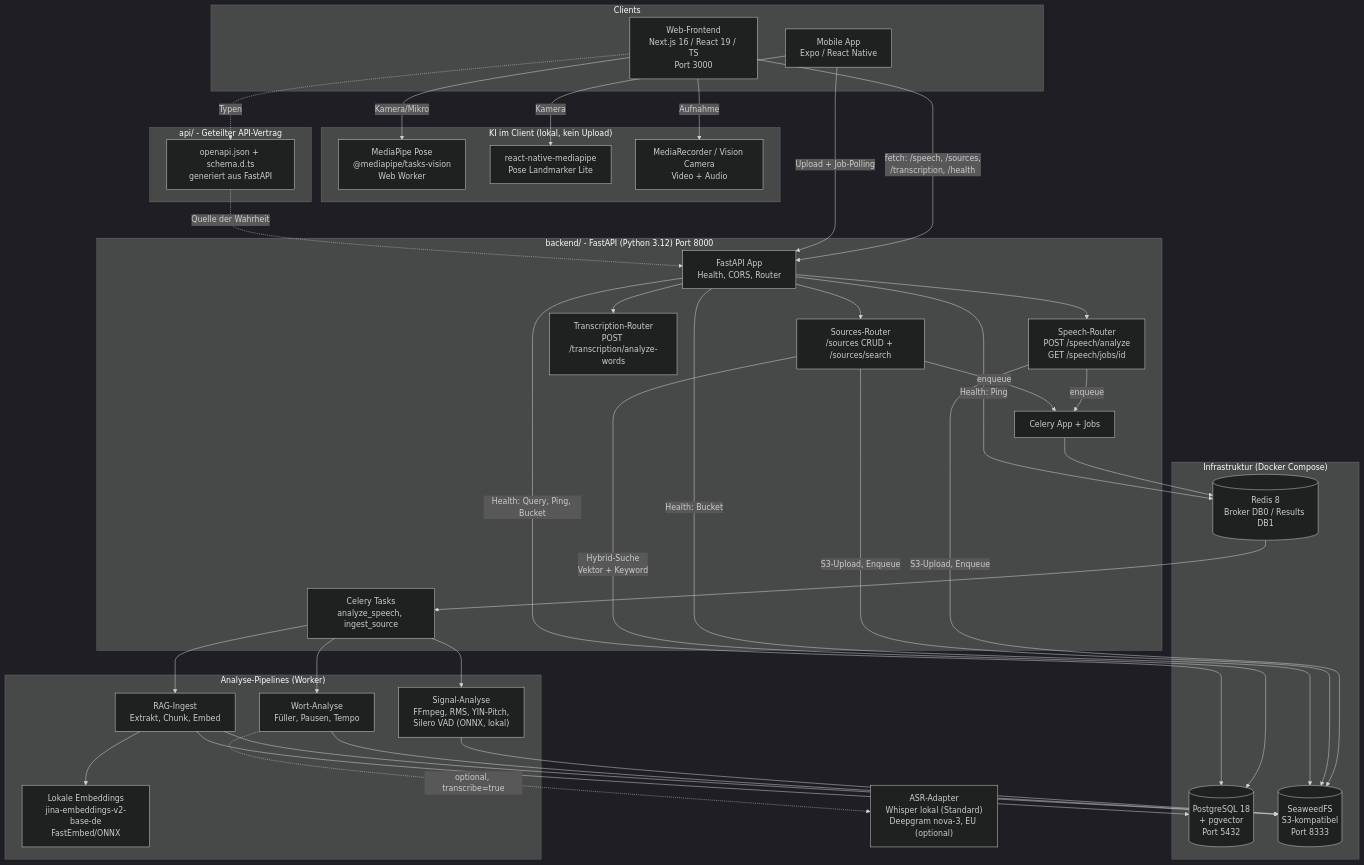
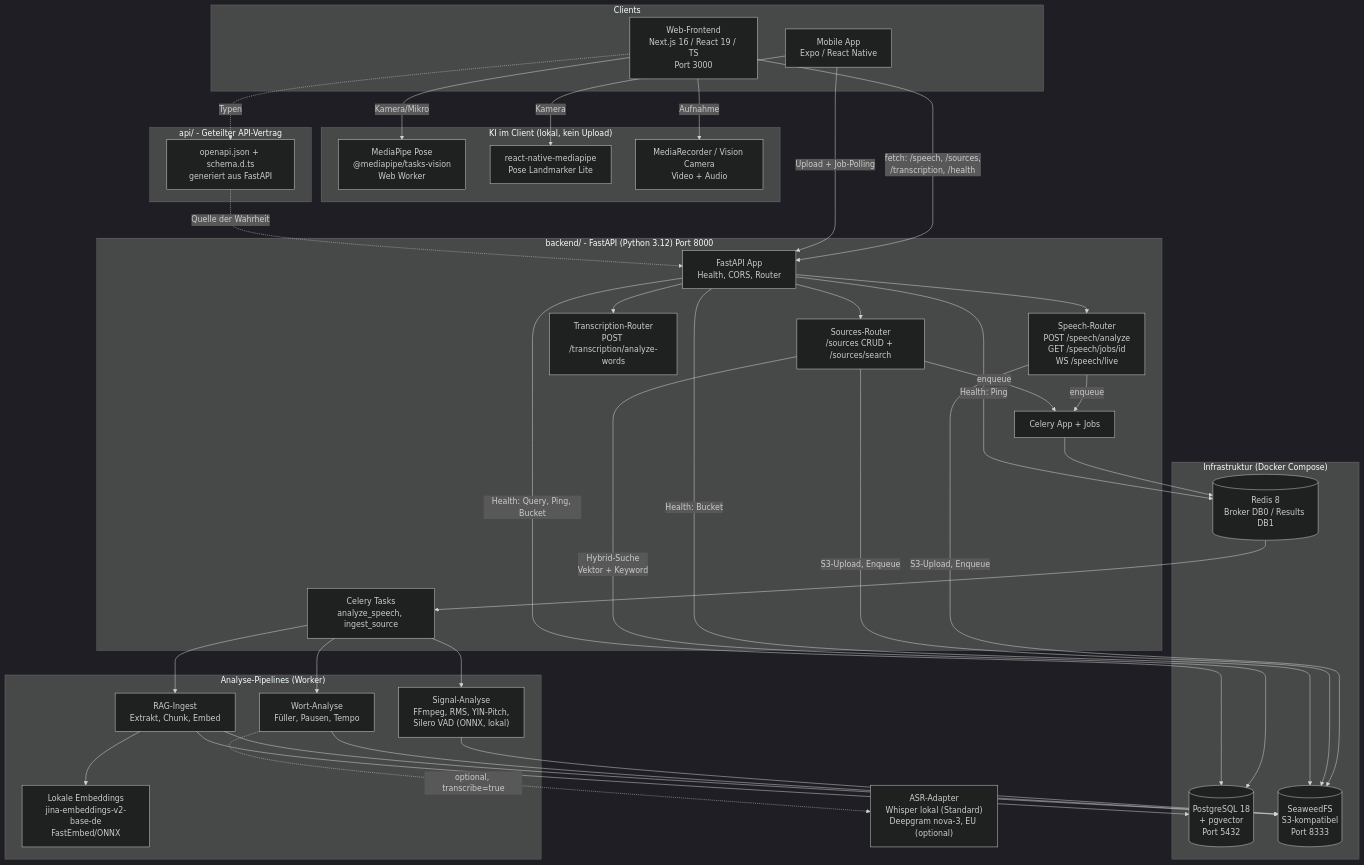
One commit to johannes3502/hackathon-fulda changed the first of 9 diagrams in docs/03-architecture.md. Above: the diagram before and after it, drawn with Mermaid (dark theme). The commit also changed 13 other files, not shown here.

Commit message:
Live transcription prototype: WS /speech/live with streaming adapter

````diff
--- a/docs/03-architecture.md
+++ b/docs/03-architecture.md
@@ -8,75 +8,75 @@
 ```mermaid
 flowchart TB
     subgraph Clients["Clients"]
         WEB["Web-Frontend<br/>Next.js 16 / React 19 / TS<br/>Port 3000"]
         MOB["Mobile App<br/>Expo / React Native"]
     end
 
     subgraph ClientAI["KI im Client (lokal, kein Upload)"]
         MP_W["MediaPipe Pose<br/>@mediapipe/tasks-vision<br/>Web Worker"]
         MP_M["react-native-mediapipe<br/>Pose Landmarker Lite"]
         MR["MediaRecorder / Vision Camera<br/>Video + Audio"]
     end
 
     subgraph API["api/ - Geteilter API-Vertrag"]
         OAS["openapi.json + schema.d.ts<br/>generiert aus FastAPI"]
     end
 
     subgraph Backend["backend/ - FastAPI (Python 3.12) Port 8000"]
         MAIN["FastAPI App<br/>Health, CORS, Router"]
-        SP["Speech-Router<br/>POST /speech/analyze<br/>GET /speech/jobs/id"]
+        SP["Speech-Router<br/>POST /speech/analyze<br/>GET /speech/jobs/id<br/>WS /speech/live"]
         TR["Transcription-Router<br/>POST /transcription/analyze-words"]
         SO["Sources-Router<br/>/sources CRUD + /sources/search"]
         CEL["Celery App + Jobs"]
         TASKS["Celery Tasks<br/>analyze_speech, ingest_source"]
     end
 
     subgraph Pipelines["Analyse-Pipelines (Worker)"]
         SIG["Signal-Analyse<br/>FFmpeg, RMS, YIN-Pitch,<br/>Silero VAD (ONNX, lokal)"]
         WORDS["Wort-Analyse<br/>Füller, Pausen, Tempo"]
         INGEST["RAG-Ingest<br/>Extrakt, Chunk, Embed"]
         EMB["Lokale Embeddings<br/>jina-embeddings-v2-base-de<br/>FastEmbed/ONNX"]
     end
 
     subgraph Infra["Infrastruktur (Docker Compose)"]
         PG[("PostgreSQL 18<br/>+ pgvector<br/>Port 5432")]
         RD[("Redis 8<br/>Broker DB0 / Results DB1")]
         S3[("SeaweedFS<br/>S3-kompatibel<br/>Port 8333")]
     end
 
     EXT["ASR-Adapter<br/>Whisper lokal (Standard)<br/>Deepgram nova-3, EU (optional)"]
 
     WEB -- "Kamera/Mikro" --> MP_W
     WEB -- "Aufnahme" --> MR
     MOB -- "Kamera" --> MP_M
 
     WEB -- "fetch: /speech, /sources,<br/>/transcription, /health" --> MAIN
     MOB -- "Upload + Job-Polling" --> MAIN
     WEB -. "Typen" .-> OAS
     OAS -. "Quelle der Wahrheit" .-> MAIN
 
     MAIN --> SP
     MAIN --> TR
     MAIN --> SO
 
     SP -- "S3-Upload, Enqueue" --> S3
     SP -- "enqueue" --> CEL
     SO -- "S3-Upload, Enqueue" --> S3
     SO -- "enqueue" --> CEL
 
     CEL --> RD
     RD --> TASKS
     TASKS --> SIG
     TASKS --> WORDS
     TASKS --> INGEST
     INGEST --> EMB
     WORDS -. "optional, transcribe=true" .-> EXT
     SIG --> S3
     WORDS --> S3
     INGEST --> PG
     INGEST --> S3
     SO -- "Hybrid-Suche<br/>Vektor + Keyword" --> PG
     MAIN -- "Health: Query, Ping, Bucket" --> PG
     MAIN -- "Health: Ping" --> RD
     MAIN -- "Health: Bucket" --> S3
 ```
````
